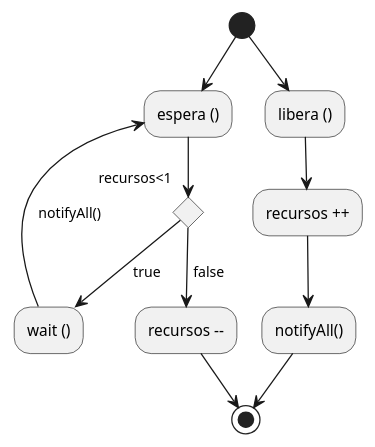
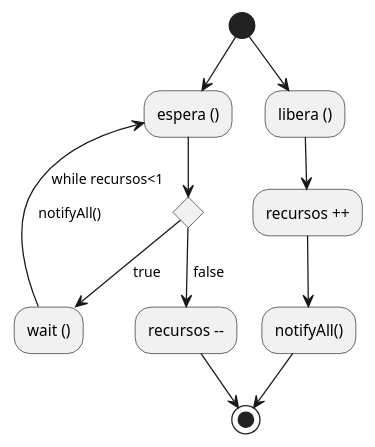
The diagram in diagrams/SemaforoActivity.puml (gerrystuff/java.toyoto.desktop), drawn with PlantUML before and after one commit. The commit also changed 53 other files, not shown here.

```diff
--- a/diagrams/SemaforoActivity.puml
+++ b/diagrams/SemaforoActivity.puml
@@ -1,16 +1,16 @@
 @startuml
 
 (*) --> "espera ()"
-if "recursos<1" then
+if " while recursos<1" then
 --> [ true ] "wait ()"
 else
 --> [ false ] "recursos --"
 --> (*)
 (*) --> "libera ()"
 --> "recursos ++"
 --> "notifyAll()"
 --> (*)
 "wait ()" -->[ notifyAll()                ] "espera ()"
 
 
 @enduml
```
